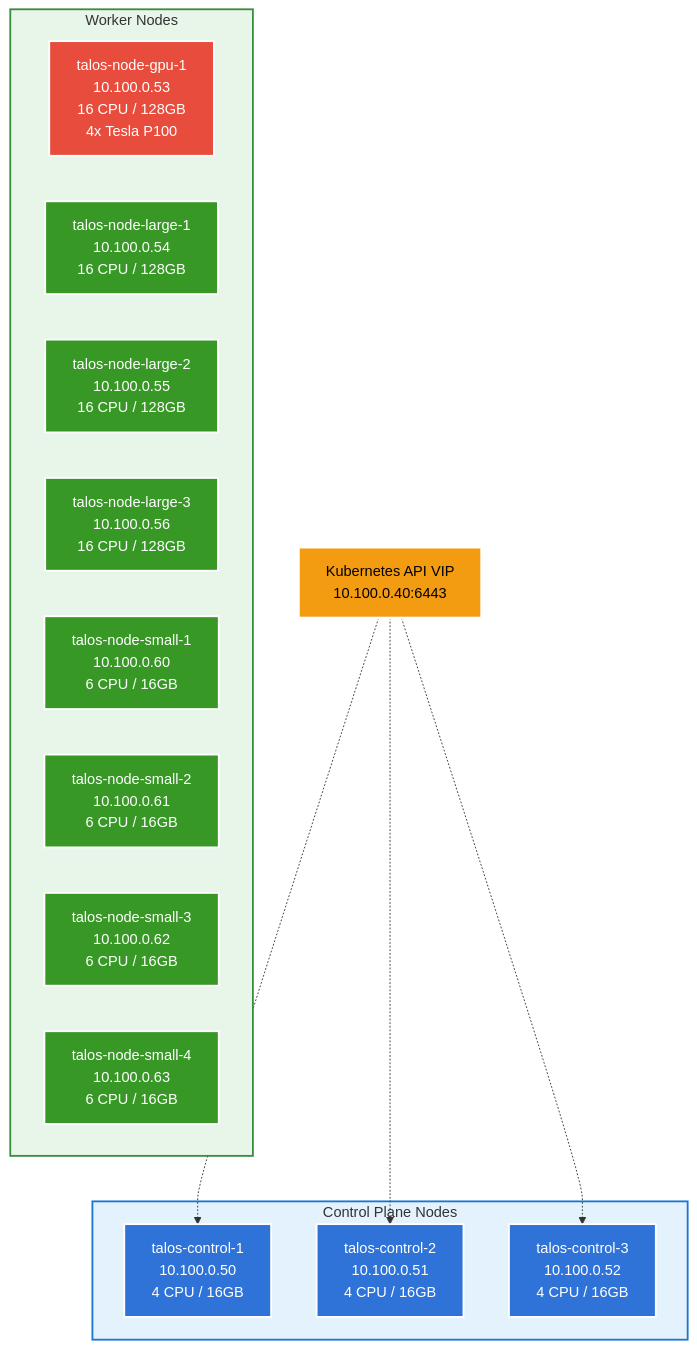
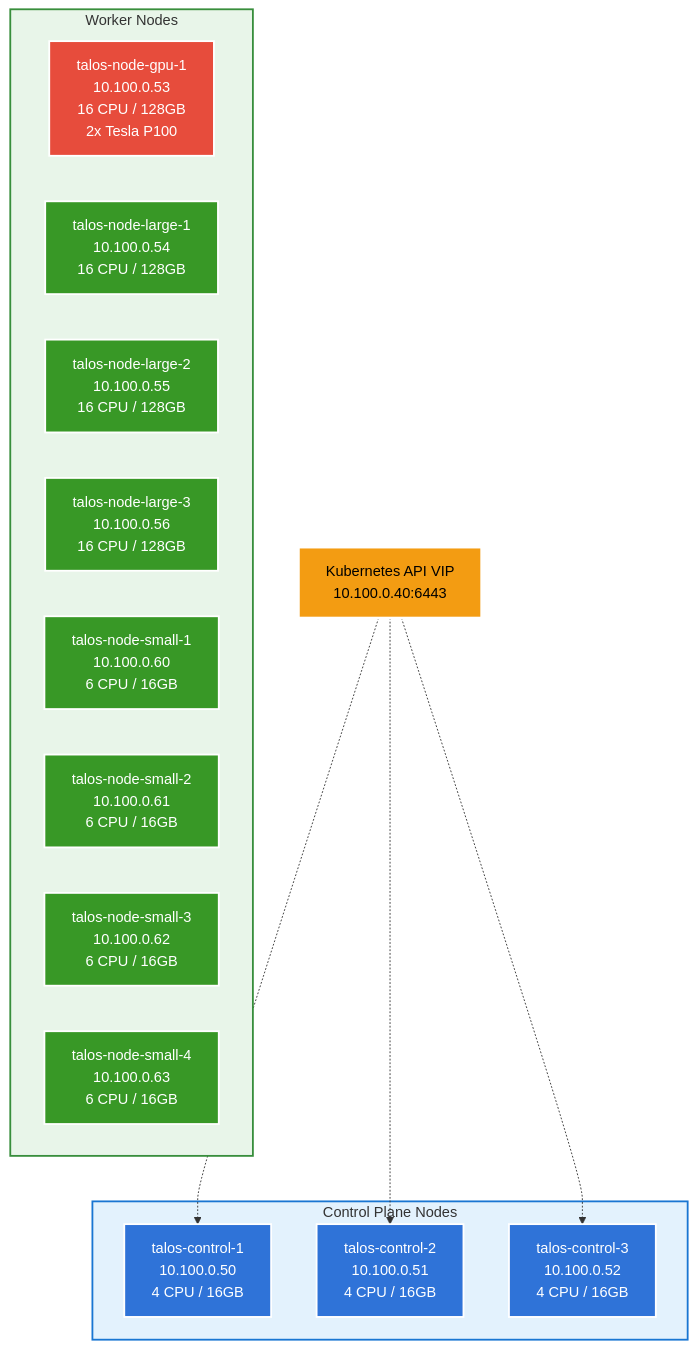
One commit to dapperdivers/dapper-cluster changed the third of 4 diagrams in README.md. Above: the diagram before and after it, drawn with Mermaid. The commit also changed other lines of this file and 1 other file, not shown here.

````diff
--- a/README.md
+++ b/README.md
@@ -226,34 +225,34 @@
 ```mermaid
 graph TB
     %% Styling
     classDef control fill:#2f73d8,stroke:#fff,stroke-width:2px,color:#fff
     classDef worker fill:#389826,stroke:#fff,stroke-width:2px,color:#fff
     classDef gpu fill:#e74c3c,stroke:#fff,stroke-width:2px,color:#fff
     classDef vip fill:#f39c12,stroke:#fff,stroke-width:3px,color:#000
 
     VIP["Kubernetes API VIP<br/>10.100.0.40:6443"]:::vip
 
     subgraph ControlPlane["Control Plane Nodes"]
         CP1["talos-control-1<br/>10.100.0.50<br/>4 CPU / 16GB"]:::control
         CP2["talos-control-2<br/>10.100.0.51<br/>4 CPU / 16GB"]:::control
         CP3["talos-control-3<br/>10.100.0.52<br/>4 CPU / 16GB"]:::control
     end
 
     subgraph Workers["Worker Nodes"]
-        GPU["talos-node-gpu-1<br/>10.100.0.53<br/>16 CPU / 128GB<br/>4x Tesla P100"]:::gpu
+        GPU["talos-node-gpu-1<br/>10.100.0.53<br/>16 CPU / 128GB<br/>2x Tesla P100"]:::gpu
         W1["talos-node-large-1<br/>10.100.0.54<br/>16 CPU / 128GB"]:::worker
         W2["talos-node-large-2<br/>10.100.0.55<br/>16 CPU / 128GB"]:::worker
         W3["talos-node-large-3<br/>10.100.0.56<br/>16 CPU / 128GB"]:::worker
         S1["talos-node-small-1<br/>10.100.0.60<br/>6 CPU / 16GB"]:::worker
         S2["talos-node-small-2<br/>10.100.0.61<br/>6 CPU / 16GB"]:::worker
         S3["talos-node-small-3<br/>10.100.0.62<br/>6 CPU / 16GB"]:::worker
         S4["talos-node-small-4<br/>10.100.0.63<br/>6 CPU / 16GB"]:::worker
     end
 
     VIP -.-> CP1
     VIP -.-> CP2
     VIP -.-> CP3
 
     style ControlPlane fill:#e3f2fd,stroke:#1976d2,stroke-width:2px
     style Workers fill:#e8f5e9,stroke:#388e3c,stroke-width:2px
 ```
````
